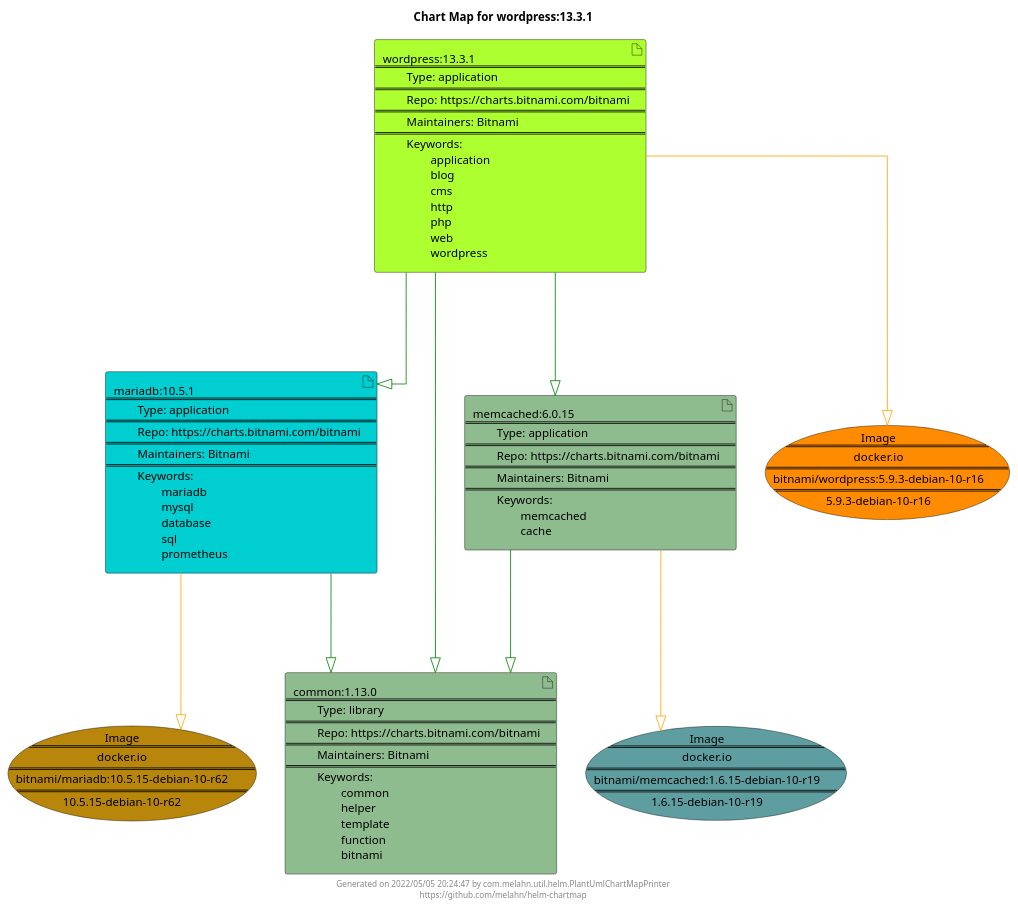
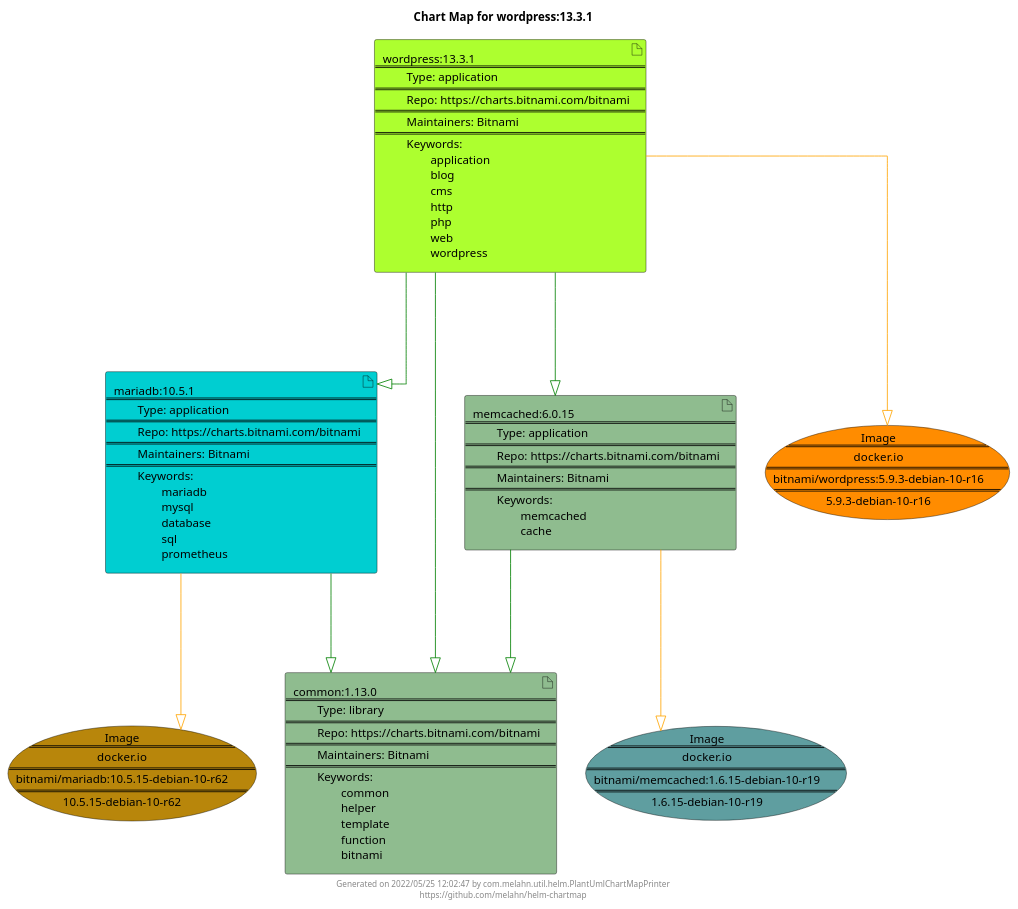
Before and after one commit to melahn/helm-chartmap: the diagram in docs/wordpress/wordpress-13.3.1.puml, drawn with PlantUML. The commit also changed 60 other files, not shown here.

```diff
--- a/docs/wordpress/wordpress-13.3.1.puml
+++ b/docs/wordpress/wordpress-13.3.1.puml
@@ -1,33 +1,33 @@
 @startuml
 skinparam linetype ortho
 skinparam backgroundColor white
 skinparam usecaseBorderColor black
 skinparam usecaseArrowColor LightSlateGray
 skinparam artifactBorderColor black
 skinparam artifactArrowColor LightSlateGray
 
 title Chart Map for wordpress:13.3.1
 
 'There are 4 referenced Helm Charts
 artifact "wordpress:13.3.1\n====\n\tType: application\n====\n\tRepo: https://charts.bitnami.com/bitnami\n====\n\tMaintainers: Bitnami\n====\n\tKeywords: \n\t\tapplication\n\t\tblog\n\t\tcms\n\t\thttp\n\t\tphp\n\t\tweb\n\t\twordpress" as wordpress_13_3_1 #GreenYellow
 artifact "common:1.13.0\n====\n\tType: library\n====\n\tRepo: https://charts.bitnami.com/bitnami\n====\n\tMaintainers: Bitnami\n====\n\tKeywords: \n\t\tcommon\n\t\thelper\n\t\ttemplate\n\t\tfunction\n\t\tbitnami" as common_1_13_0 #DarkSeaGreen
 artifact "mariadb:10.5.1\n====\n\tType: application\n====\n\tRepo: https://charts.bitnami.com/bitnami\n====\n\tMaintainers: Bitnami\n====\n\tKeywords: \n\t\tmariadb\n\t\tmysql\n\t\tdatabase\n\t\tsql\n\t\tprometheus" as mariadb_10_5_1 #DarkTurquoise
 artifact "memcached:6.0.15\n====\n\tType: application\n====\n\tRepo: https://charts.bitnami.com/bitnami\n====\n\tMaintainers: Bitnami\n====\n\tKeywords: \n\t\tmemcached\n\t\tcache" as memcached_6_0_15 #DarkSeaGreen
 
 'There are 3 referenced Docker Images
 usecase "Image\n====\ndocker.io\n====\nbitnami/memcached:1.6.15-debian-10-r19\n====\n1.6.15-debian-10-r19" as docker_io_bitnami_memcached_1_6_15_debian_10_r19 #CadetBlue
 usecase "Image\n====\ndocker.io\n====\nbitnami/mariadb:10.5.15-debian-10-r62\n====\n10.5.15-debian-10-r62" as docker_io_bitnami_mariadb_10_5_15_debian_10_r62 #DarkGoldenRod
 usecase "Image\n====\ndocker.io\n====\nbitnami/wordpress:5.9.3-debian-10-r16\n====\n5.9.3-debian-10-r16" as docker_io_bitnami_wordpress_5_9_3_debian_10_r16 #Darkorange
 
 'Chart Dependencies
+wordpress_13_3_1--[#green]-|>common_1_13_0
 wordpress_13_3_1--[#green]-|>mariadb_10_5_1
 mariadb_10_5_1--[#green]-|>common_1_13_0
 wordpress_13_3_1--[#green]-|>memcached_6_0_15
 memcached_6_0_15--[#green]-|>common_1_13_0
-wordpress_13_3_1--[#green]-|>common_1_13_0
 wordpress_13_3_1--[#orange]-|>docker_io_bitnami_wordpress_5_9_3_debian_10_r16
 mariadb_10_5_1--[#orange]-|>docker_io_bitnami_mariadb_10_5_15_debian_10_r62
 memcached_6_0_15--[#orange]-|>docker_io_bitnami_memcached_1_6_15_debian_10_r19
 
-center footer Generated on 2022/05/05 20:24:47 by com.melahn.util.helm.PlantUmlChartMapPrinter\nhttps://github.com/melahn/helm-chartmap
+center footer Generated on 2022/05/25 12:02:47 by com.melahn.util.helm.PlantUmlChartMapPrinter\nhttps://github.com/melahn/helm-chartmap
 @enduml
```
